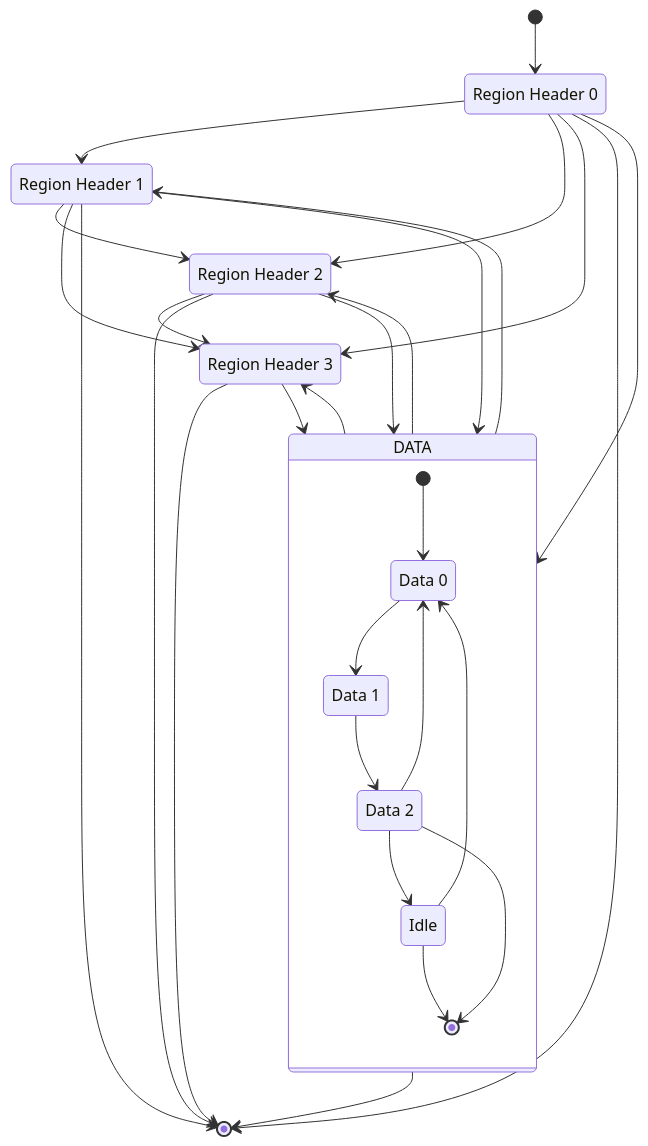
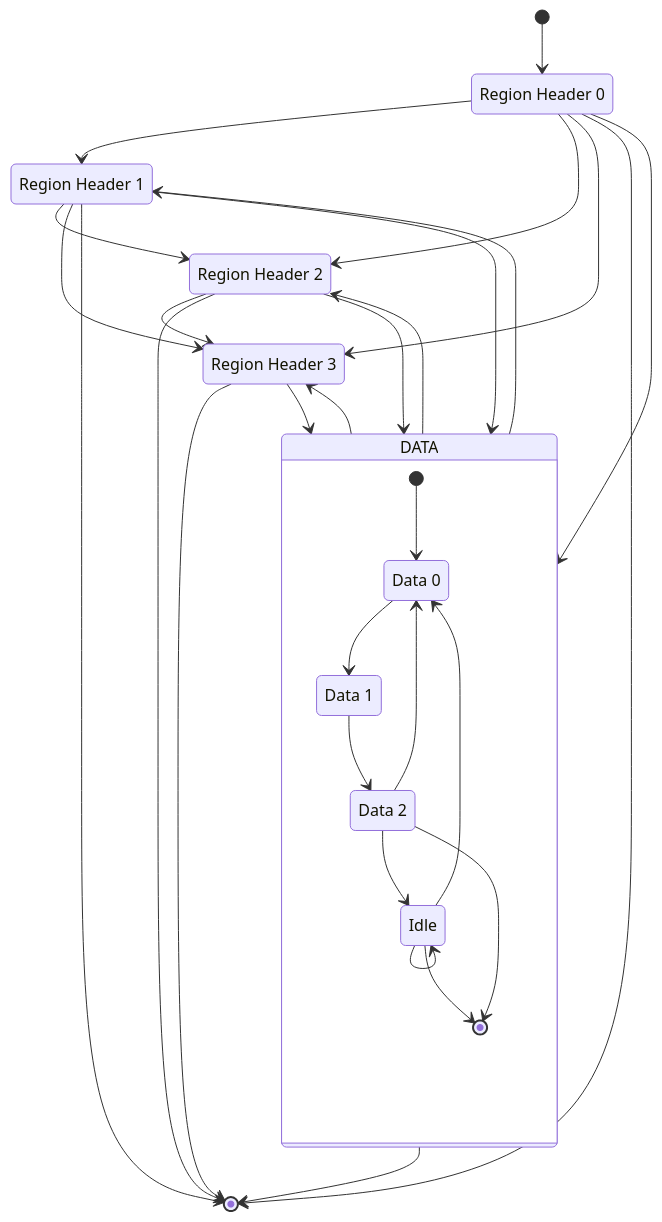
One commit to CramBL/moss_decoder changed the third of 3 diagrams in README.md. Above: the diagram before and after it, drawn with Mermaid. The commit also changed 1 other file, not shown here.

Commit message:
allow idle -> idle transition

````diff
--- a/README.md
+++ b/README.md
@@ -148,46 +148,47 @@
 ```mermaid
 stateDiagram-v2
 
   region_header0 : Region Header 0
   region_header1 : Region Header 1
   region_header2 : Region Header 2
   region_header3 : Region Header 3
   data_0 : Data 0
   data_1 : Data 1
   data_2 : Data 2
   idle : Idle
 
   [*] --> region_header0
   region_header0 --> region_header1
   region_header0 --> region_header2
   region_header0 --> region_header3
   region_header0 --> DATA
   region_header0 --> [*]
   DATA --> region_header1
   region_header1 --> region_header2
   region_header1 --> region_header3
   region_header1 --> DATA
   region_header1 --> [*]
   DATA --> region_header2
   region_header2 --> region_header3
   region_header2 --> DATA
   region_header2 --> [*]
   DATA --> region_header3
   region_header3 --> DATA
   DATA --> [*]
   region_header3 --> [*]
 
 
     state DATA {
       [*] --> data_0
       data_0 --> data_1
       data_1 --> data_2
       data_2 --> data_0
       data_2 --> idle
+      idle --> idle
       idle --> [*]
       idle --> data_0
       data_2 --> [*]
 
     }
 
 ```
````
